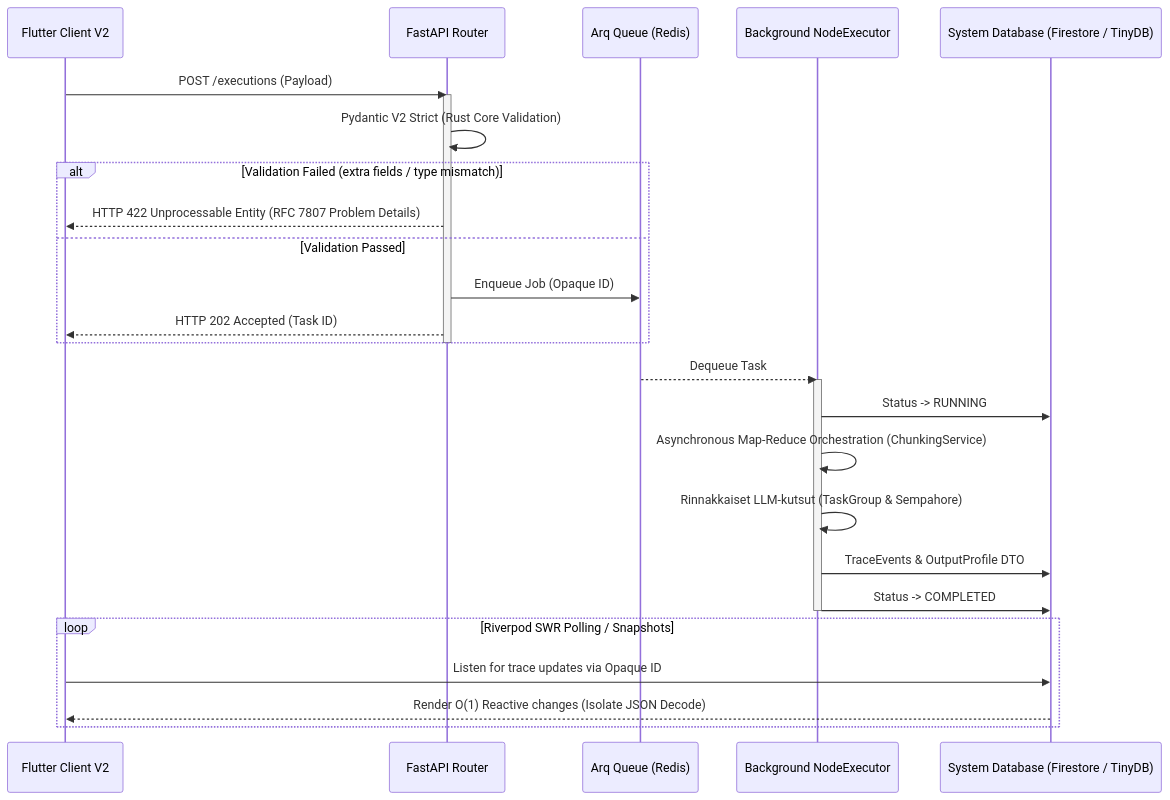
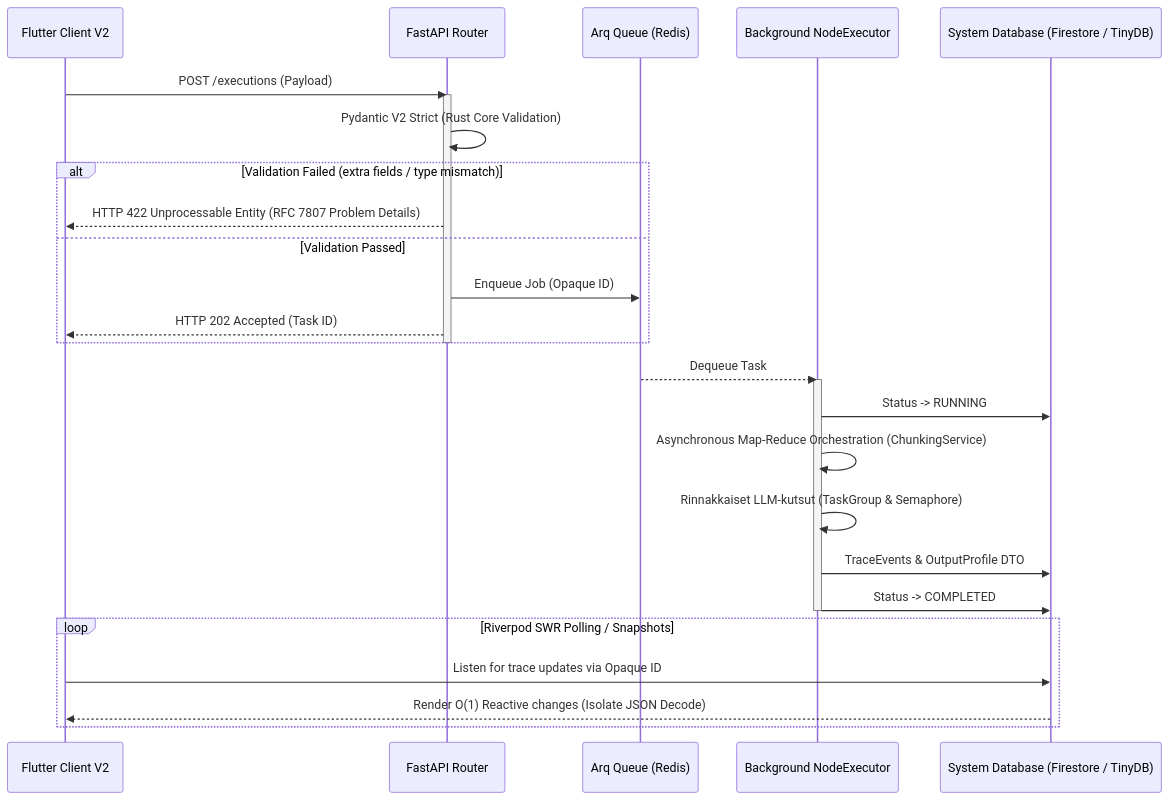
Before and after one commit to launis/quorum: the diagram in docs/architecture/03_api_and_async_core.md, drawn with Mermaid. The commit also changed other lines of this file and 84 other files, not shown here.

Commit message:
feat: implement V2 core architecture including orchestrator strategies, domain models, and unified enum-based system definitions.

````diff
--- a/docs/architecture/03_api_and_async_core.md
+++ b/docs/architecture/03_api_and_async_core.md
@@ -9,34 +9,34 @@
 ```mermaid
 sequenceDiagram
     participant UI as Flutter Client V2
     participant API as FastAPI Router
     participant Redis as Arq Queue (Redis)
     participant Worker as Background NodeExecutor
     participant DB as System Database (Firestore / TinyDB)
 
     UI->>API: POST /executions (Payload)
     activate API
     API->>API: Pydantic V2 Strict (Rust Core Validation)
     
     alt Validation Failed (extra fields / type mismatch)
         API-->>UI: HTTP 422 Unprocessable Entity (RFC 7807 Problem Details)
     else Validation Passed
         API->>Redis: Enqueue Job (Opaque ID)
         API-->>UI: HTTP 202 Accepted (Task ID)
     end
     deactivate API
 
     Redis-->>Worker: Dequeue Task
     activate Worker
     Worker->>DB: Status -> RUNNING
     Worker->>Worker: Asynchronous Map-Reduce Orchestration (ChunkingService)
-    Worker->>Worker: Rinnakkaiset LLM-kutsut (TaskGroup & Sempahore)
+    Worker->>Worker: Rinnakkaiset LLM-kutsut (TaskGroup & Semaphore)
     Worker->>DB: TraceEvents & OutputProfile DTO
     Worker->>DB: Status -> COMPLETED
     deactivate Worker
 
     loop Riverpod SWR Polling / Snapshots
         UI->>DB: Listen for trace updates via Opaque ID
         DB-->>UI: Render O(1) Reactive changes (Isolate JSON Decode)
     end
 ```
````
